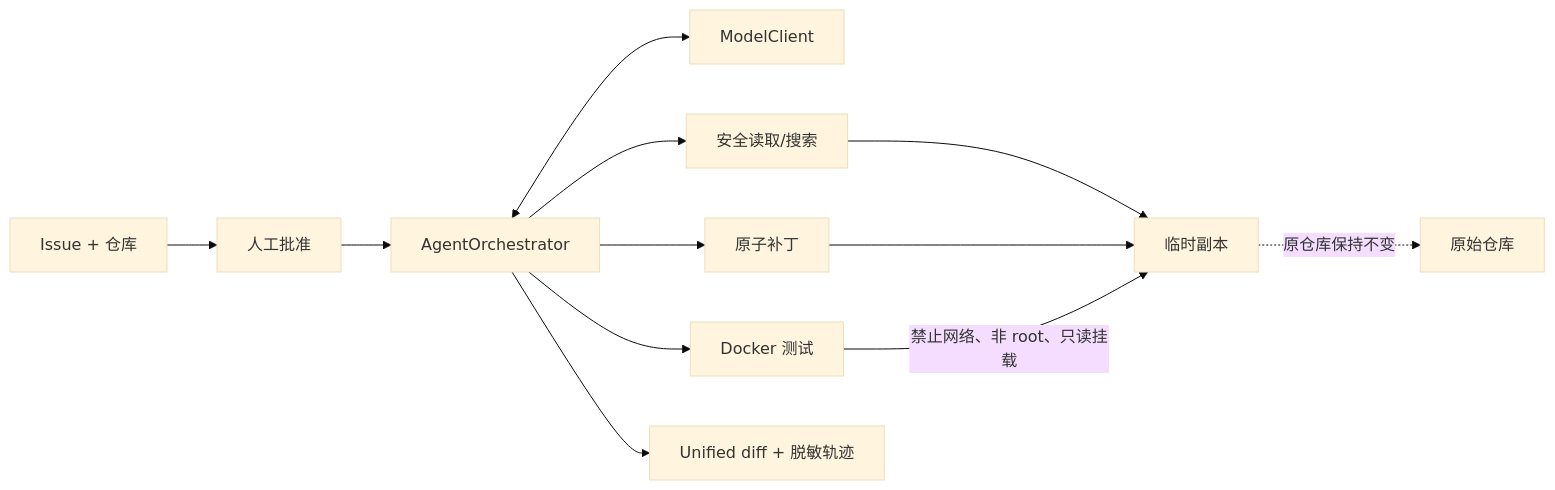
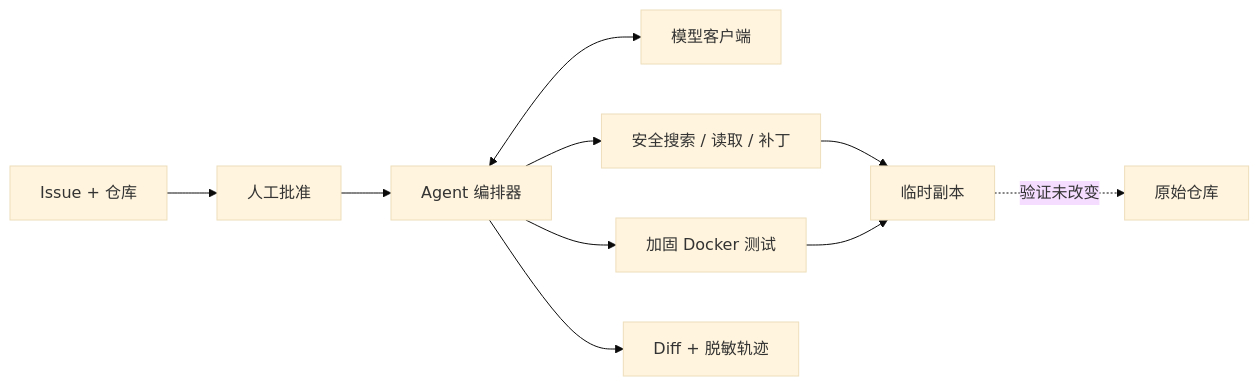
The diagram in README.zh-CN.md (pxxxzzzl-arch/RepoPilot), drawn with Mermaid (base theme) before and after one commit. The commit also changed other lines of this file and 6 other files, not shown here.

````diff
--- a/README.zh-CN.md
+++ b/README.zh-CN.md
@@ -30,14 +76,12 @@
 ```mermaid
 flowchart LR
-    I[Issue + 仓库] --> H[人工批准]
-    H --> A[AgentOrchestrator]
-    A <--> M[ModelClient]
-    A --> S[安全读取/搜索]
-    A --> P[原子补丁]
-    A --> D[Docker 测试]
-    S --> W[临时副本]
-    P --> W
-    D -->|禁止网络、非 root、只读挂载| W
-    A --> O[Unified diff + 脱敏轨迹]
-    W -. 原仓库保持不变 .-> R[原始仓库]
+    I[Issue + 仓库] --> A[人工批准]
+    A --> O[Agent 编排器]
+    O <--> M[模型客户端]
+    O --> T[安全搜索 / 读取 / 补丁]
+    O --> D[加固 Docker 测试]
+    T --> W[临时副本]
+    D --> W
+    O --> R[Diff + 脱敏轨迹]
+    W -. 验证未改变 .-> S[原始仓库]
 ```
````
